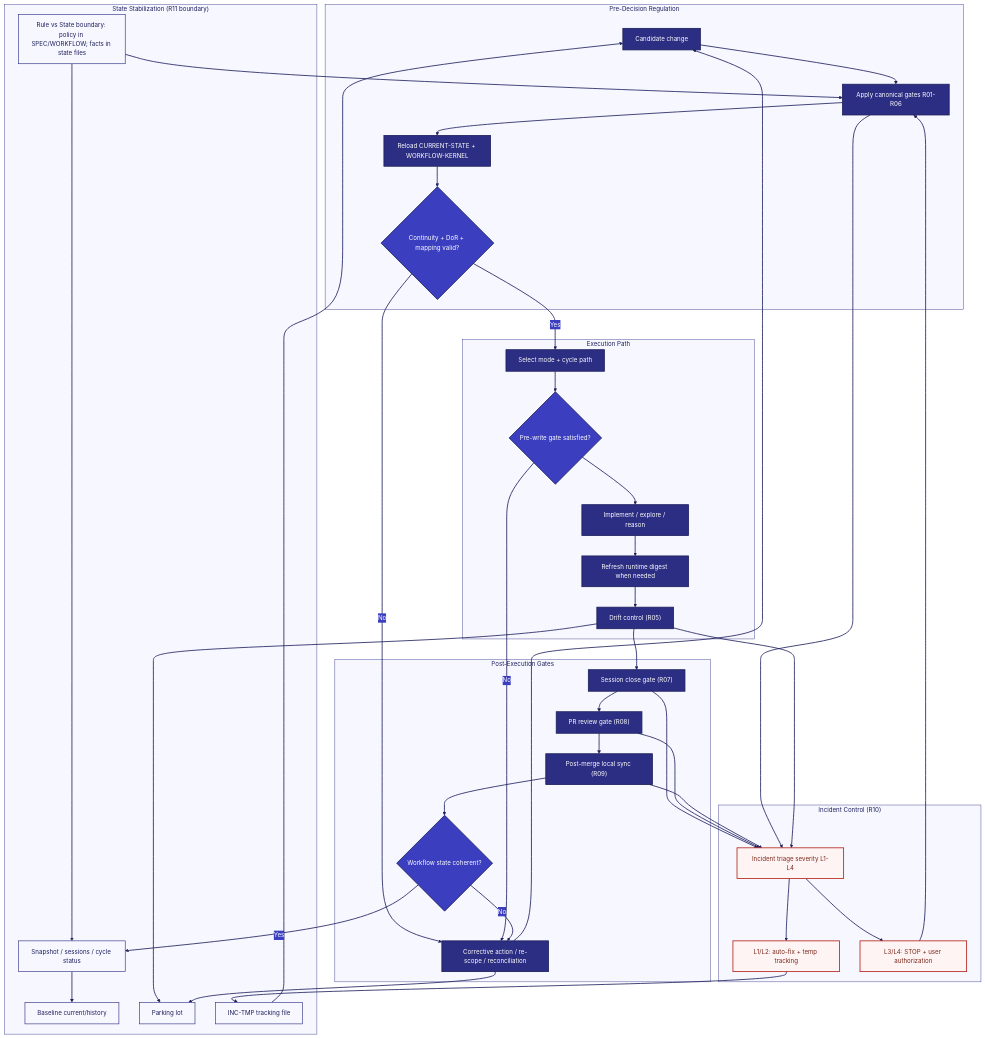
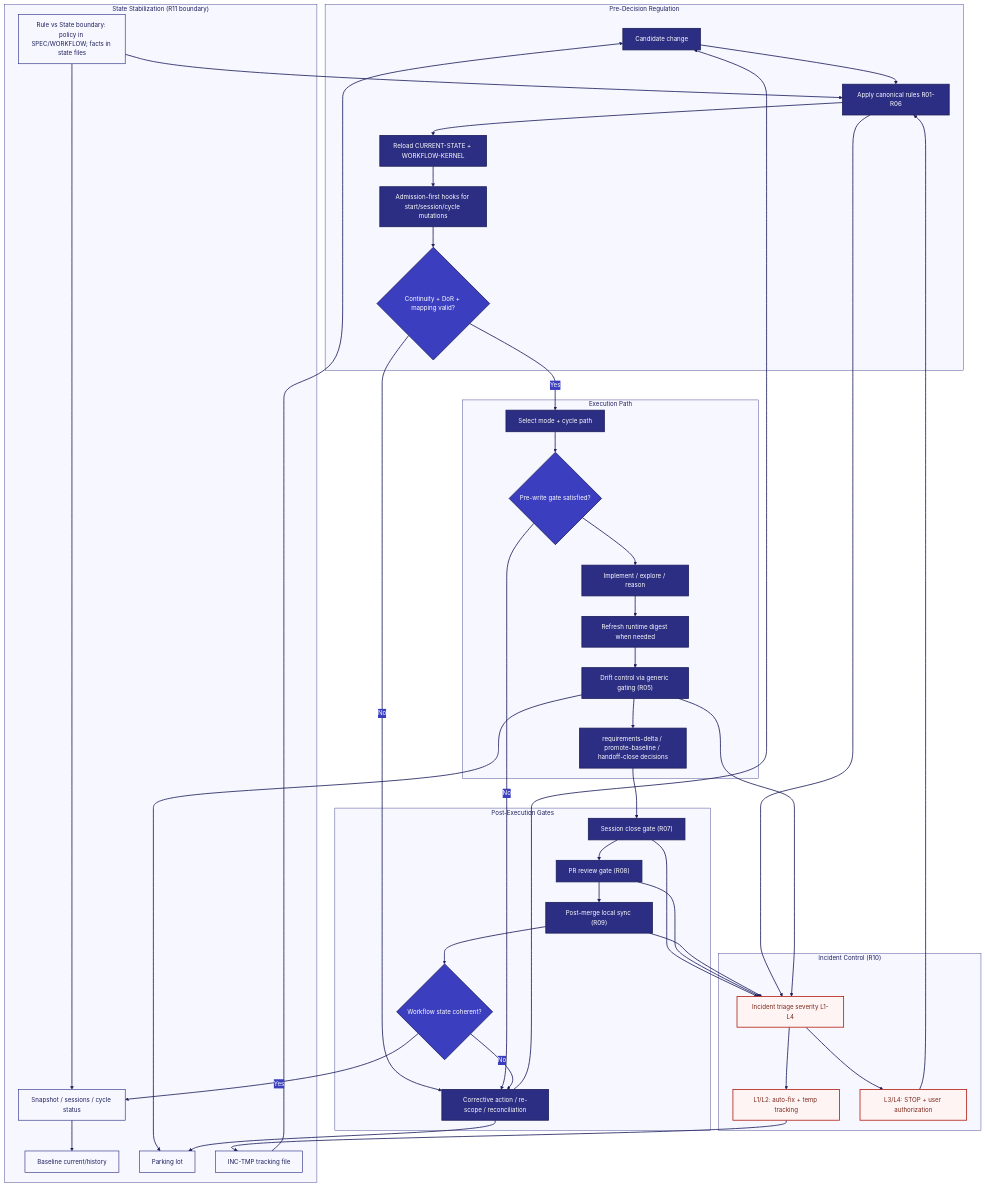
The diagram in docs/diagrams/04-entropy-regulation-control-loop.md (leuzeus/aidn), drawn with Mermaid before and after one commit. The commit also changed 438 other files, not shown here.

First line of the commit message:
feat(runtime): prepare 0.5.0-rc.1 db-first workflow runtime (#14)

```diff
--- a/docs/diagrams/04-entropy-regulation-control-loop.md
+++ b/docs/diagrams/04-entropy-regulation-control-loop.md
@@ -16,12 +16,13 @@
     "tertiaryBorderColor": "#2C2E83"
   }
 }}%%
-%% 4) Entropy Regulation Control Loop (v0.4.0)
+%% 4) Entropy Regulation Control Loop (v0.4.0 workflow baseline)
 flowchart TD
   subgraph PRE["Pre-Decision Regulation"]
     IN["Candidate change"]
-    RULES["Apply canonical gates R01-R06"]
+    RULES["Apply canonical rules R01-R06"]
     ANCHOR["Reload CURRENT-STATE + WORKFLOW-KERNEL"]
+    HOOKS["Admission-first hooks for start/session/cycle mutations"]
     G1{"Continuity + DoR + mapping valid?"}
   end
 
@@ -30,7 +31,8 @@
     PWRITE{"Pre-write gate satisfied?"}
     IMP["Implement / explore / reason"]
     RT["Refresh runtime digest when needed"]
-    DRIFT["Drift control (R05)"]
+    DRIFT["Drift control via generic gating (R05)"]
+    MUT["requirements-delta / promote-baseline / handoff-close decisions"]
   end
 
   subgraph POST["Post-Execution Gates"]
@@ -55,8 +57,8 @@
     BOUND["Rule vs State boundary: policy in SPEC/WORKFLOW; facts in state files"]
   end
 
-  IN --> RULES --> ANCHOR --> G1
-  G1 -->|Yes| PLAN --> PWRITE --> IMP --> RT --> DRIFT --> CLOSE --> PR --> SYNC --> G2
+  IN --> RULES --> ANCHOR --> HOOKS --> G1
+  G1 -->|Yes| PLAN --> PWRITE --> IMP --> RT --> DRIFT --> MUT --> CLOSE --> PR --> SYNC --> G2
   G1 -->|No| FIX
   PWRITE -->|No| FIX
   G2 -->|No| FIX --> IN
@@ -83,7 +85,7 @@
   classDef incident fill:#FFF4F4,stroke:#B42318,color:#7A271A,stroke-width:2px;
 
   class G1,PWRITE,G2 gate;
-  class IN,RULES,ANCHOR,PLAN,IMP,RT,DRIFT,CLOSE,PR,SYNC,FIX action;
+  class IN,RULES,ANCHOR,HOOKS,PLAN,IMP,RT,DRIFT,MUT,CLOSE,PR,SYNC,FIX action;
   class SNAP,BASE,PARK,TMP,BOUND state;
   class TRIAGE,L12,L34 incident;
 
```
